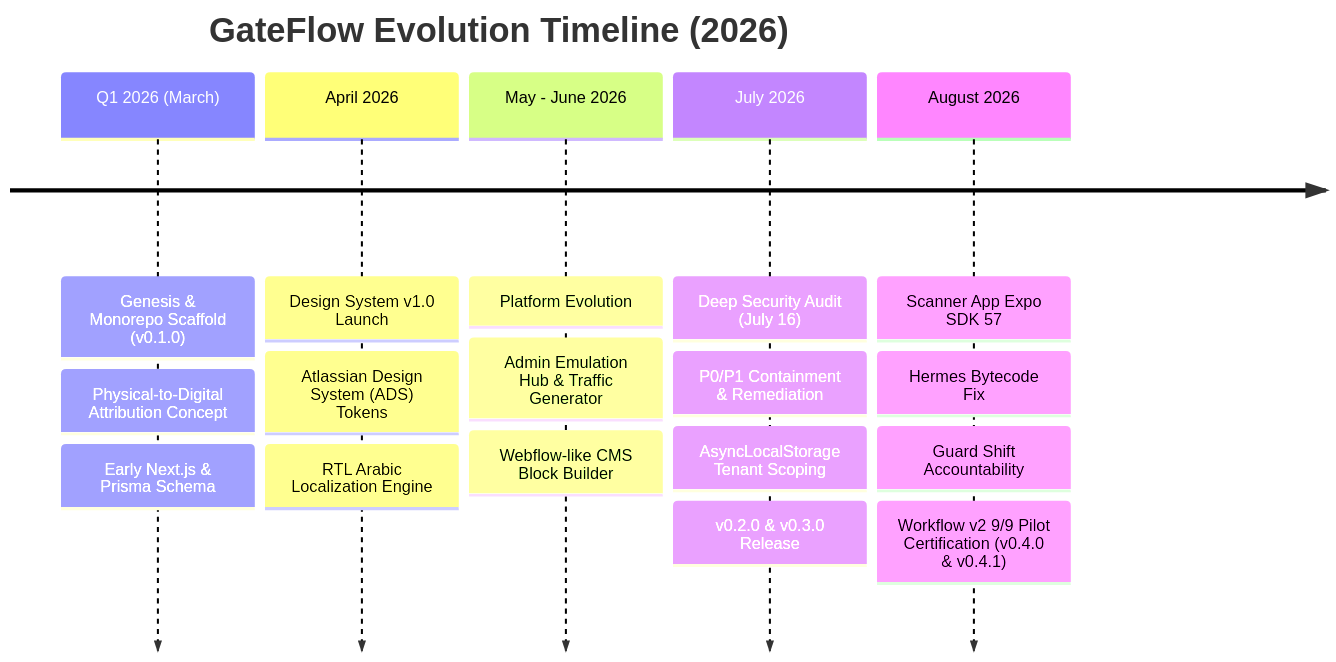
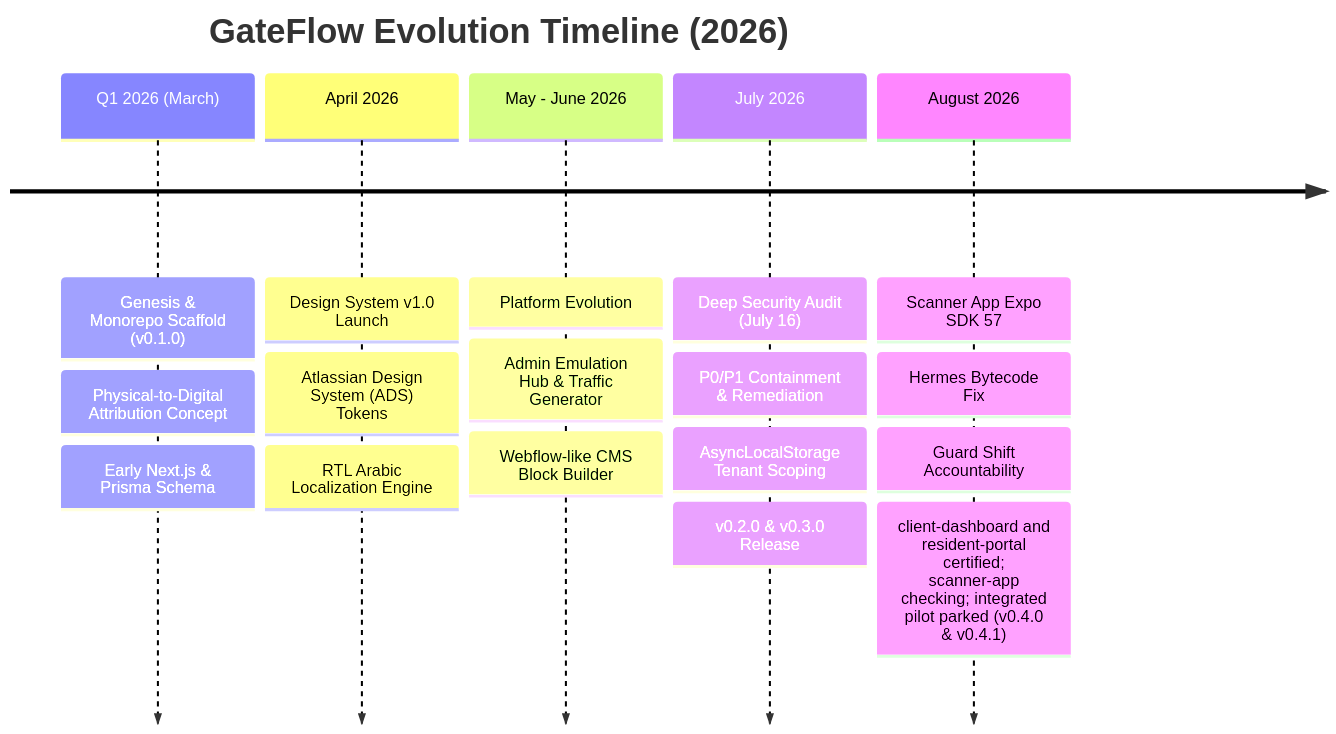
The diagram in docs/NOTEBOOKLM_11_FULL_HISTORY_DAY1_TO_PRESENT_AND_AI_CONTEXT.md (iDorgham/Gateflow), drawn with Mermaid before and after one commit. The commit also changed other lines of this file and 5 other files, not shown here.

````diff
--- a/docs/NOTEBOOKLM_11_FULL_HISTORY_DAY1_TO_PRESENT_AND_AI_CONTEXT.md
+++ b/docs/NOTEBOOKLM_11_FULL_HISTORY_DAY1_TO_PRESENT_AND_AI_CONTEXT.md
@@ -15,9 +15,9 @@
 ```mermaid
 timeline
     title GateFlow Evolution Timeline (2026)
     Q1 2026 (March) : Genesis & Monorepo Scaffold (v0.1.0) : Physical-to-Digital Attribution Concept : Early Next.js & Prisma Schema
     April 2026 : Design System v1.0 Launch : Atlassian Design System (ADS) Tokens : RTL Arabic Localization Engine
     May - June 2026 : Platform Evolution : Admin Emulation Hub & Traffic Generator : Webflow-like CMS Block Builder
     July 2026 : Deep Security Audit (July 16) : P0/P1 Containment & Remediation : AsyncLocalStorage Tenant Scoping : v0.2.0 & v0.3.0 Release
-    August 2026 : Scanner App Expo SDK 57 : Hermes Bytecode Fix : Guard Shift Accountability : Workflow v2 9/9 Pilot Certification (v0.4.0 & v0.4.1)
+    August 2026 : Scanner App Expo SDK 57 : Hermes Bytecode Fix : Guard Shift Accountability : client-dashboard and resident-portal certified; scanner-app checking; integrated pilot parked (v0.4.0 & v0.4.1)
 ```
````
